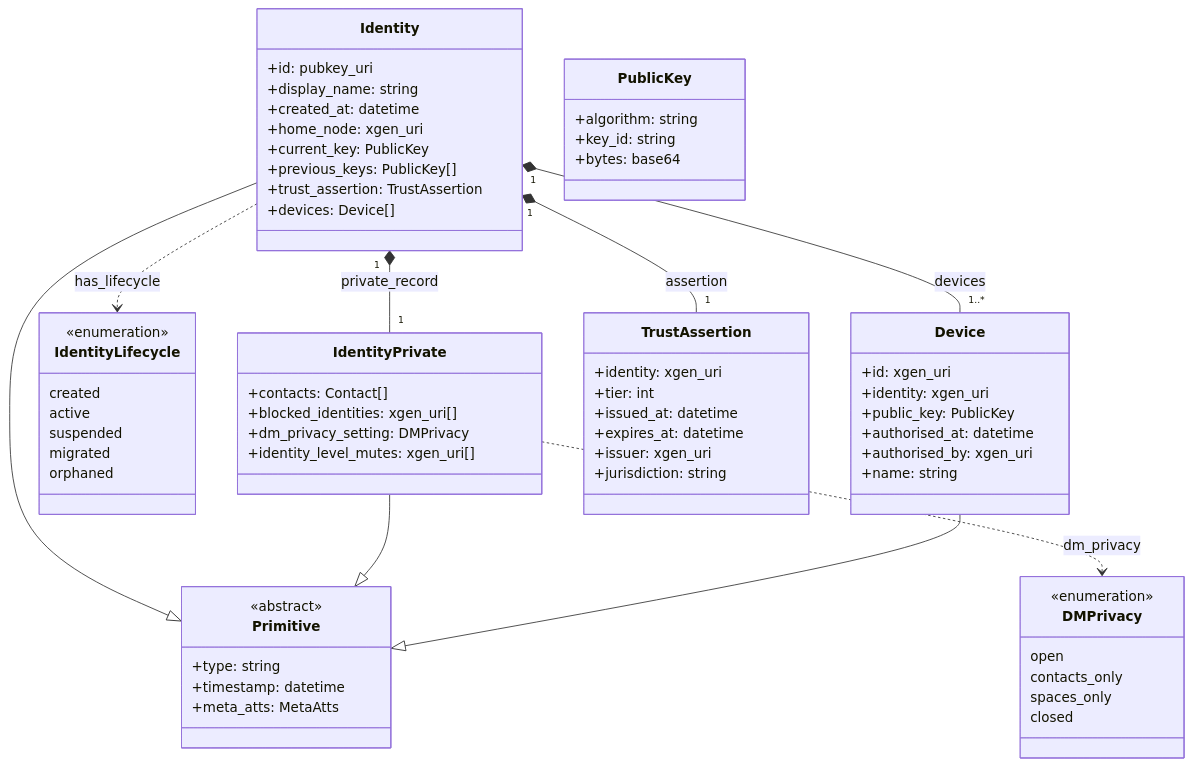
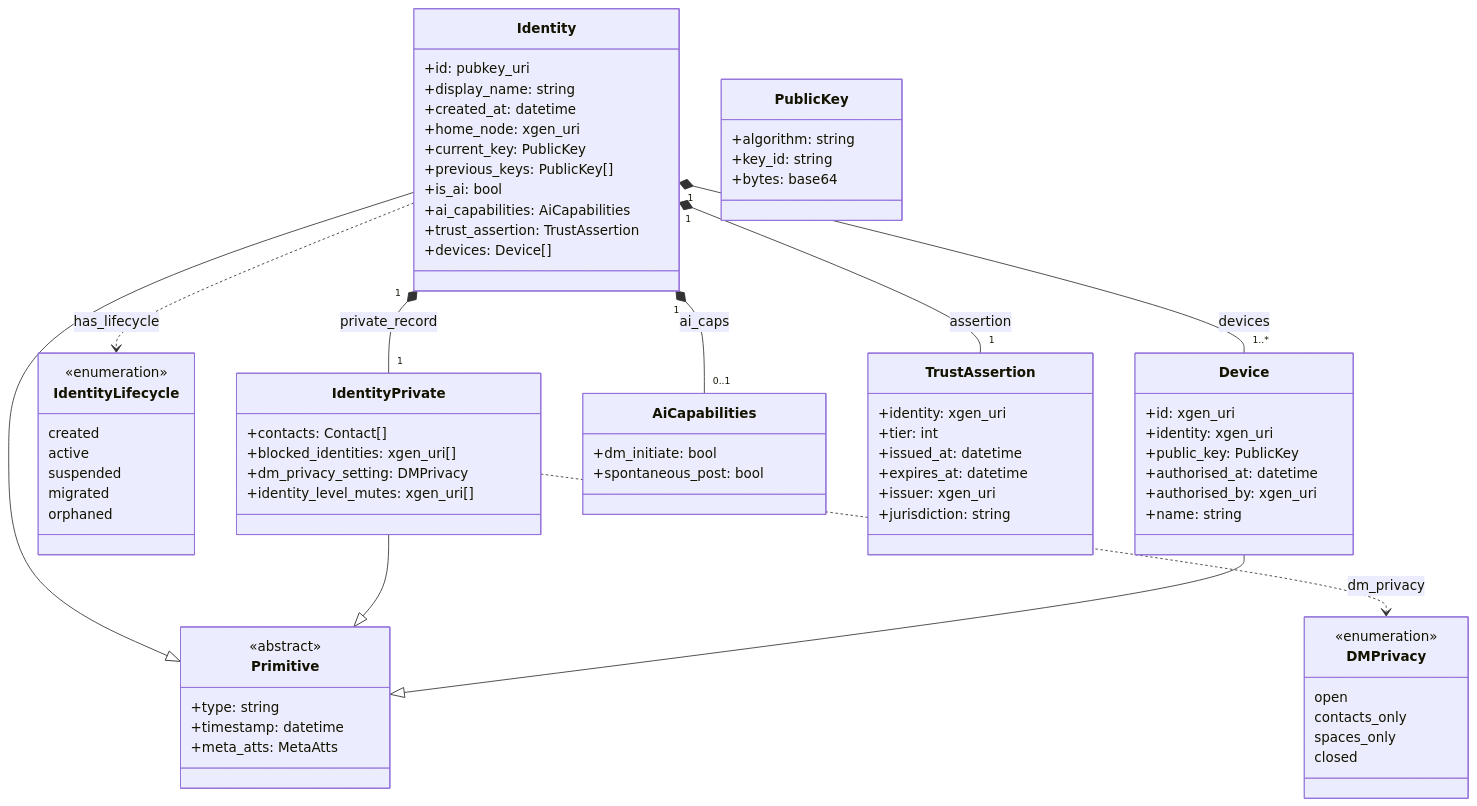
The ninth of 16 diagrams in docs/xgen_appendix_c_en.md (ianus777/XGenProtocol), drawn with Mermaid before and after one commit. The commit also changed other lines of this file and 2 other files, not shown here.

````diff
--- a/docs/xgen_appendix_c_en.md
+++ b/docs/xgen_appendix_c_en.md
@@ -694,72 +716,79 @@
 ```mermaid
 classDiagram
     class Primitive {
         <<abstract>>
         +type: string
         +timestamp: datetime
         +meta_atts: MetaAtts
     }
     class Identity {
         +id: pubkey_uri
         +display_name: string
         +created_at: datetime
         +home_node: xgen_uri
         +current_key: PublicKey
         +previous_keys: PublicKey[]
+        +is_ai: bool
+        +ai_capabilities: AiCapabilities
         +trust_assertion: TrustAssertion
         +devices: Device[]
     }
     class IdentityPrivate {
         +contacts: Contact[]
         +blocked_identities: xgen_uri[]
         +dm_privacy_setting: DMPrivacy
         +identity_level_mutes: xgen_uri[]
     }
     class IdentityLifecycle {
         <<enumeration>>
         created
         active
         suspended
         migrated
         orphaned
     }
     class DMPrivacy {
         <<enumeration>>
         open
         contacts_only
         spaces_only
         closed
     }
     class Device {
         +id: xgen_uri
         +identity: xgen_uri
         +public_key: PublicKey
         +authorised_at: datetime
         +authorised_by: xgen_uri
         +name: string
     }
+    class AiCapabilities {
+        +dm_initiate: bool
+        +spontaneous_post: bool
+    }
     class TrustAssertion {
         +identity: xgen_uri
         +tier: int
         +issued_at: datetime
         +expires_at: datetime
         +issuer: xgen_uri
         +jurisdiction: string
     }
     class PublicKey {
         +algorithm: string
         +key_id: string
         +bytes: base64
     }
 
     Identity --|> Primitive
     IdentityPrivate --|> Primitive
     Device --|> Primitive
     Identity "1" *-- "1" IdentityPrivate : private_record
     Identity "1" *-- "1" TrustAssertion : assertion
+    Identity "1" *-- "0..1" AiCapabilities : ai_caps
     Identity "1" *-- "1..*" Device : devices
     Identity ..> IdentityLifecycle : has_lifecycle
     IdentityPrivate ..> DMPrivacy : dm_privacy
     %% Note: Device.authorised_by references another Device (self-reference).
     %% Omitted — Mermaid renders self-references as empty ghost boxes.
 ```
````
